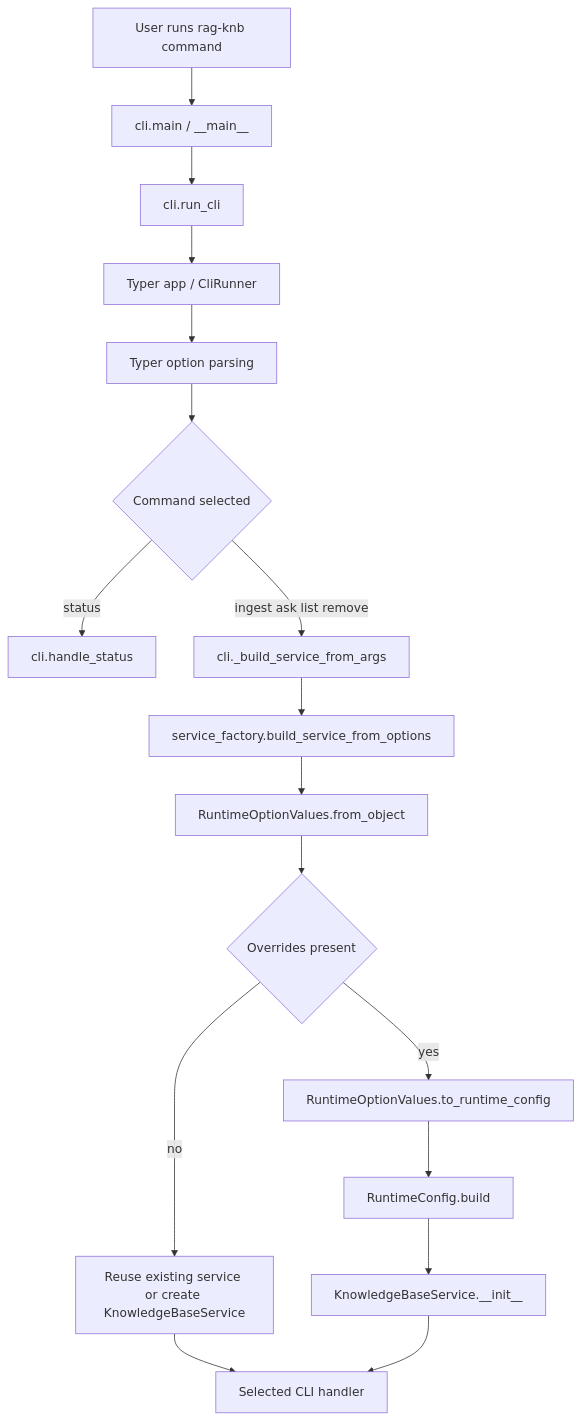
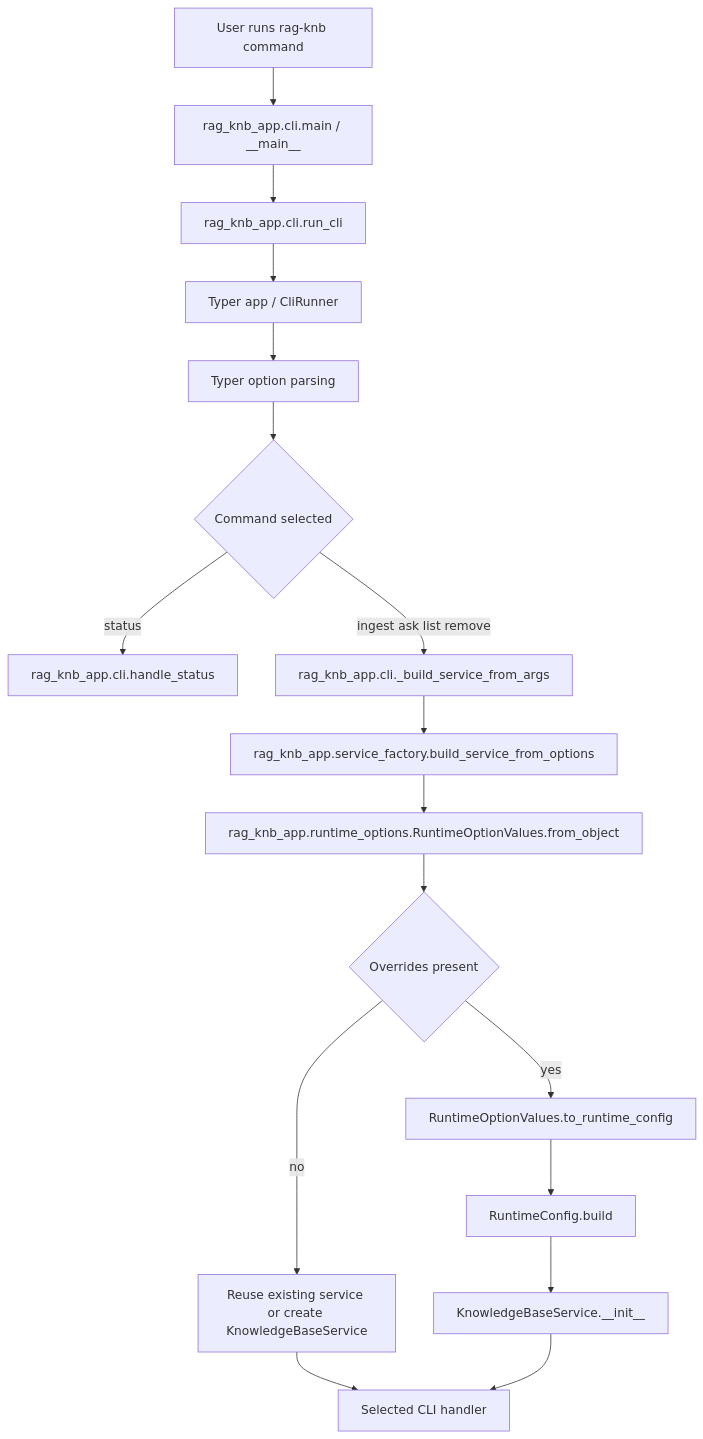
The first of 11 diagrams in 02_rag_knowledge_base/diagrams_call.md (OlyaFilatova/ai_projects), drawn with Mermaid before and after one commit. The commit also changed other lines of this file and 79 other files, not shown here.

````diff
--- a/02_rag_knowledge_base/diagrams_call.md
+++ b/02_rag_knowledge_base/diagrams_call.md
@@ -7,19 +7,19 @@
 ```mermaid
 flowchart TD
-    A[User runs rag-knb command] --> B[cli.main / __main__]
-    B --> C[cli.run_cli]
+    A[User runs rag-knb command] --> B[rag_knb_app.cli.main / __main__]
+    B --> C[rag_knb_app.cli.run_cli]
     C --> D[Typer app / CliRunner]
     D --> E[Typer option parsing]
     E --> F{Command selected}
-    F -->|status| G[cli.handle_status]
-    F -->|ingest ask list remove| H[cli._build_service_from_args]
-    H --> I[service_factory.build_service_from_options]
-    I --> J[RuntimeOptionValues.from_object]
+    F -->|status| G[rag_knb_app.cli.handle_status]
+    F -->|ingest ask list remove| H[rag_knb_app.cli._build_service_from_args]
+    H --> I[rag_knb_app.service_factory.build_service_from_options]
+    I --> J[rag_knb_app.runtime_options.RuntimeOptionValues.from_object]
     J --> K{Overrides present}
     K -->|no| L[Reuse existing service or create KnowledgeBaseService]
     K -->|yes| M[RuntimeOptionValues.to_runtime_config]
     M --> N[RuntimeConfig.build]
     N --> O[KnowledgeBaseService.__init__]
     L --> P[Selected CLI handler]
     O --> P
 ```
````
